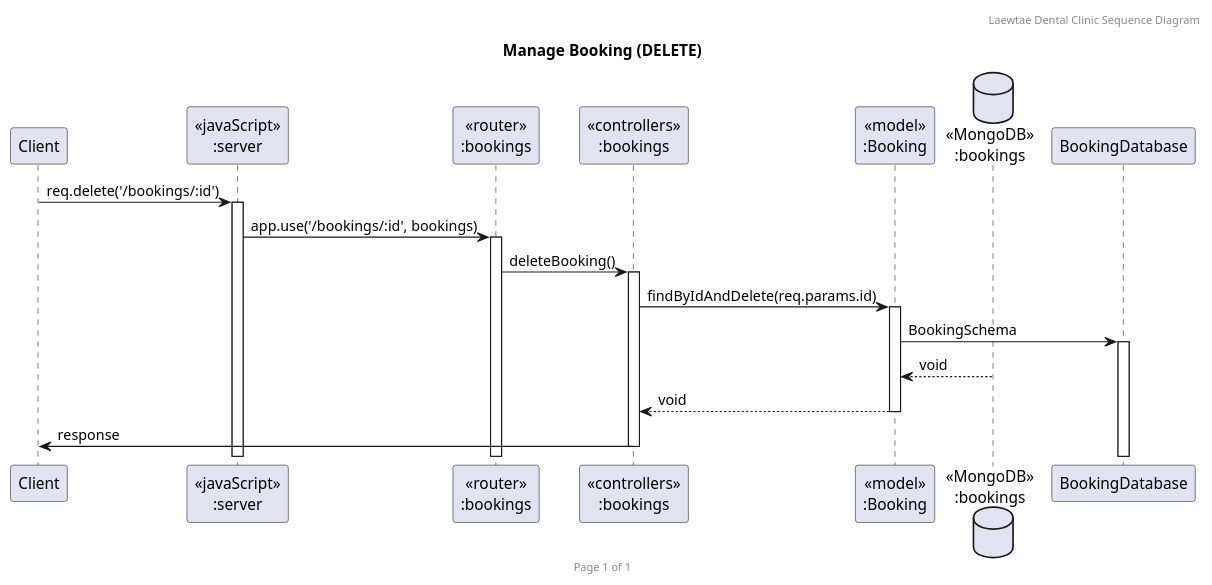
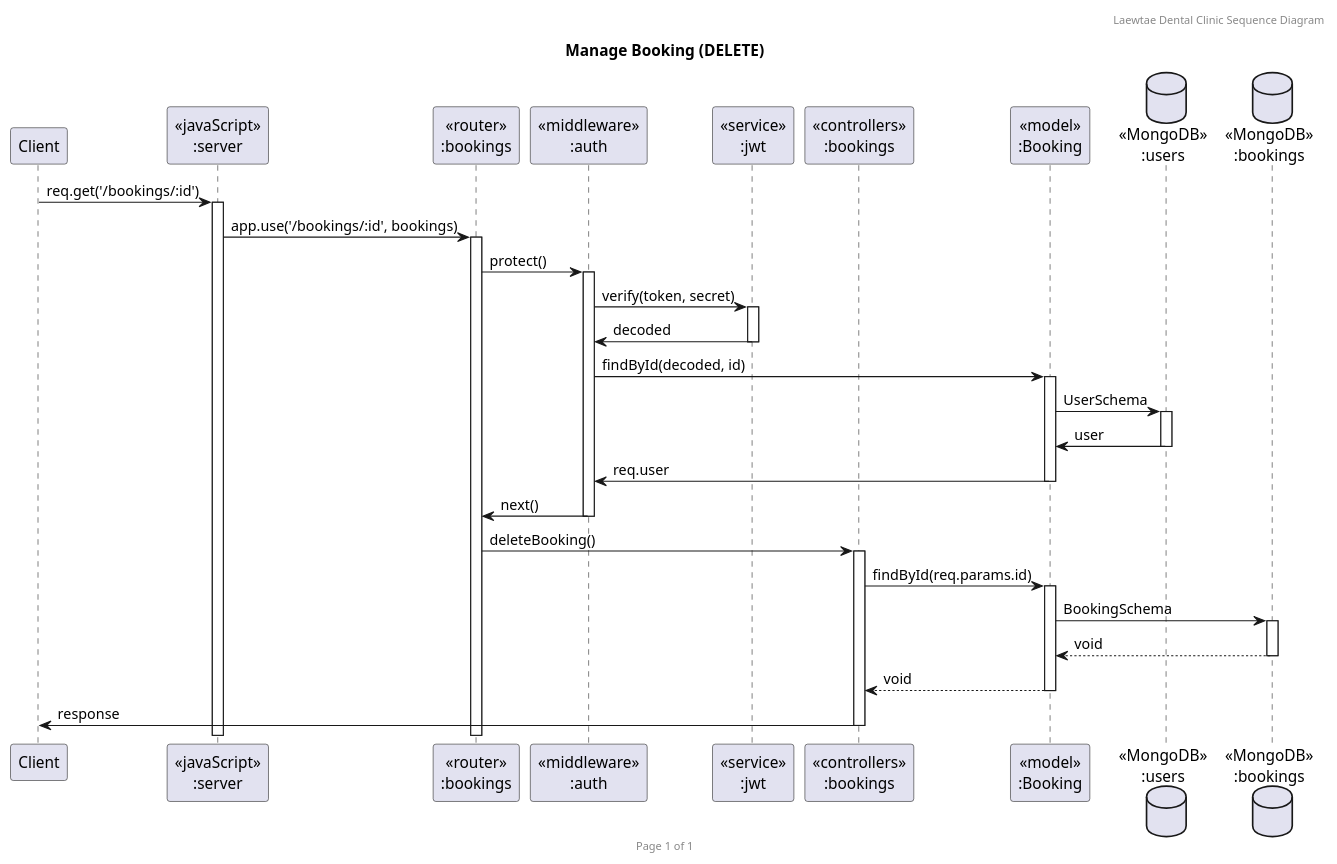
One commit to nattapong232/DentistBooking changed the diagram in UML/SequenceDiagram/Booking/BookingSequenceDelete.puml. Above: the diagram before and after it, drawn with PlantUML. The commit also changed 21 other files, not shown here.

Commit message:
Update sequence diagram

```diff
--- a/UML/SequenceDiagram/Booking/BookingSequenceDelete.puml
+++ b/UML/SequenceDiagram/Booking/BookingSequenceDelete.puml
@@ -1,23 +1,34 @@
 @startuml Manage Booking (DELETE)
 
 header Laewtae Dental Clinic Sequence Diagram
 footer Page %page% of %lastpage%
 title "Manage Booking (DELETE)"
 
 participant "Client" as client
 participant "<<javaScript>>\n:server" as server
 participant "<<router>>\n:bookings" as routerBookings
+participant "<<middleware>>\n:auth" as auth
+participant "<<service>>\n:jwt" as jwt
 participant "<<controllers>>\n:bookings" as controllersBookings
 participant "<<model>>\n:Booking" as modelBooking
+database "<<MongoDB>>\n:users" as UsersDatabase
 database "<<MongoDB>>\n:bookings" as BookingsDatabase
 
-client->server ++:req.delete('/bookings/:id')
+client->server ++:req.get('/bookings/:id')
 server->routerBookings ++:app.use('/bookings/:id', bookings)
+routerBookings -> auth ++:protect()
+auth -> jwt ++:verify(token, secret)
+auth <- jwt --:decoded
+auth -> modelBooking ++:findById(decoded, id)
+modelBooking -> UsersDatabase ++:UserSchema
+modelBooking <- UsersDatabase --:user
+auth <- modelBooking --:req.user
+routerBookings <- auth --:next()
 routerBookings -> controllersBookings ++:deleteBooking()
-controllersBookings->modelBooking ++:findByIdAndDelete(req.params.id)
-modelBooking ->BookingDatabase ++: BookingSchema
+controllersBookings->modelBooking ++:findById(req.params.id)
+modelBooking ->BookingsDatabase ++: BookingSchema
 BookingsDatabase --> modelBooking --: void
 controllersBookings <-- modelBooking --:void
 controllersBookings->client --:response
 
 @enduml
```
